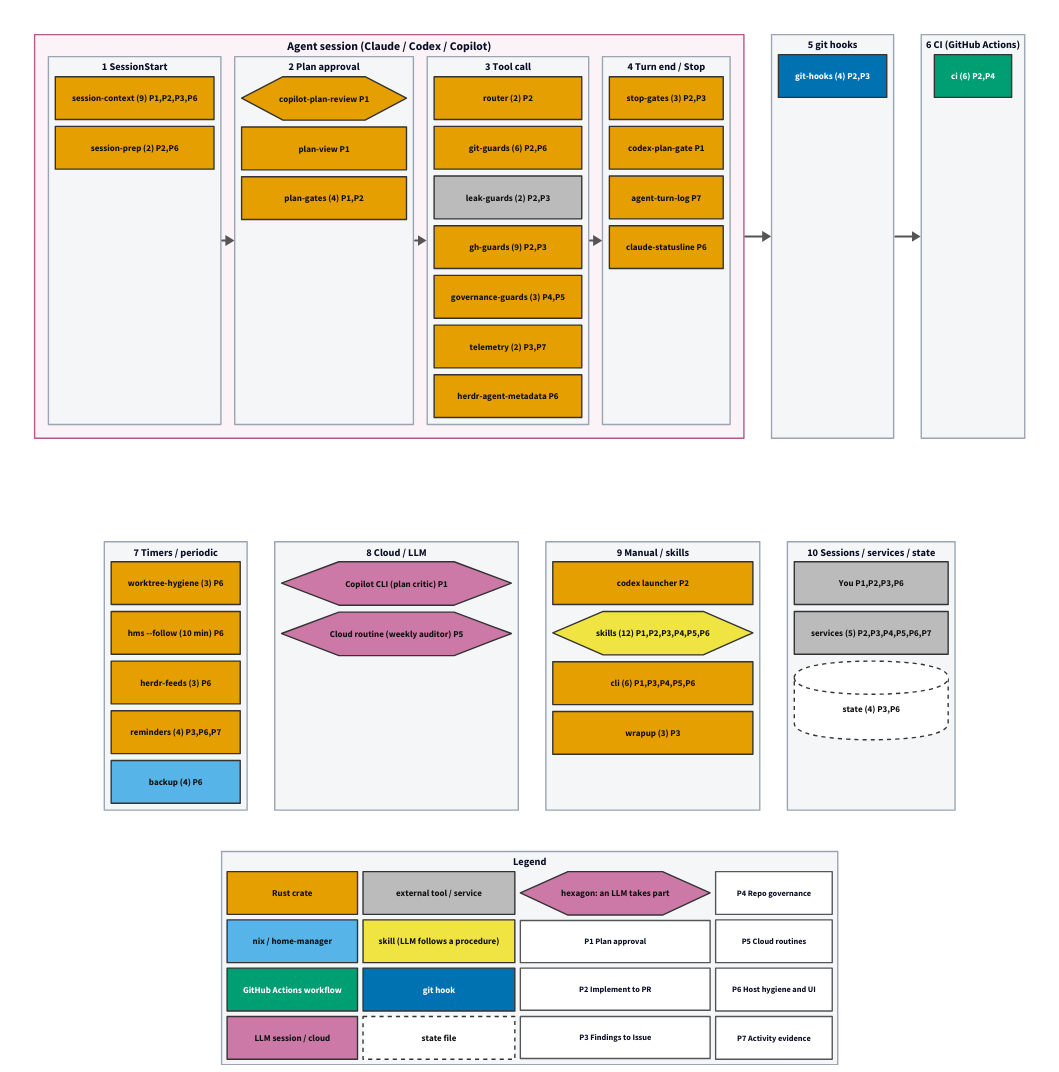
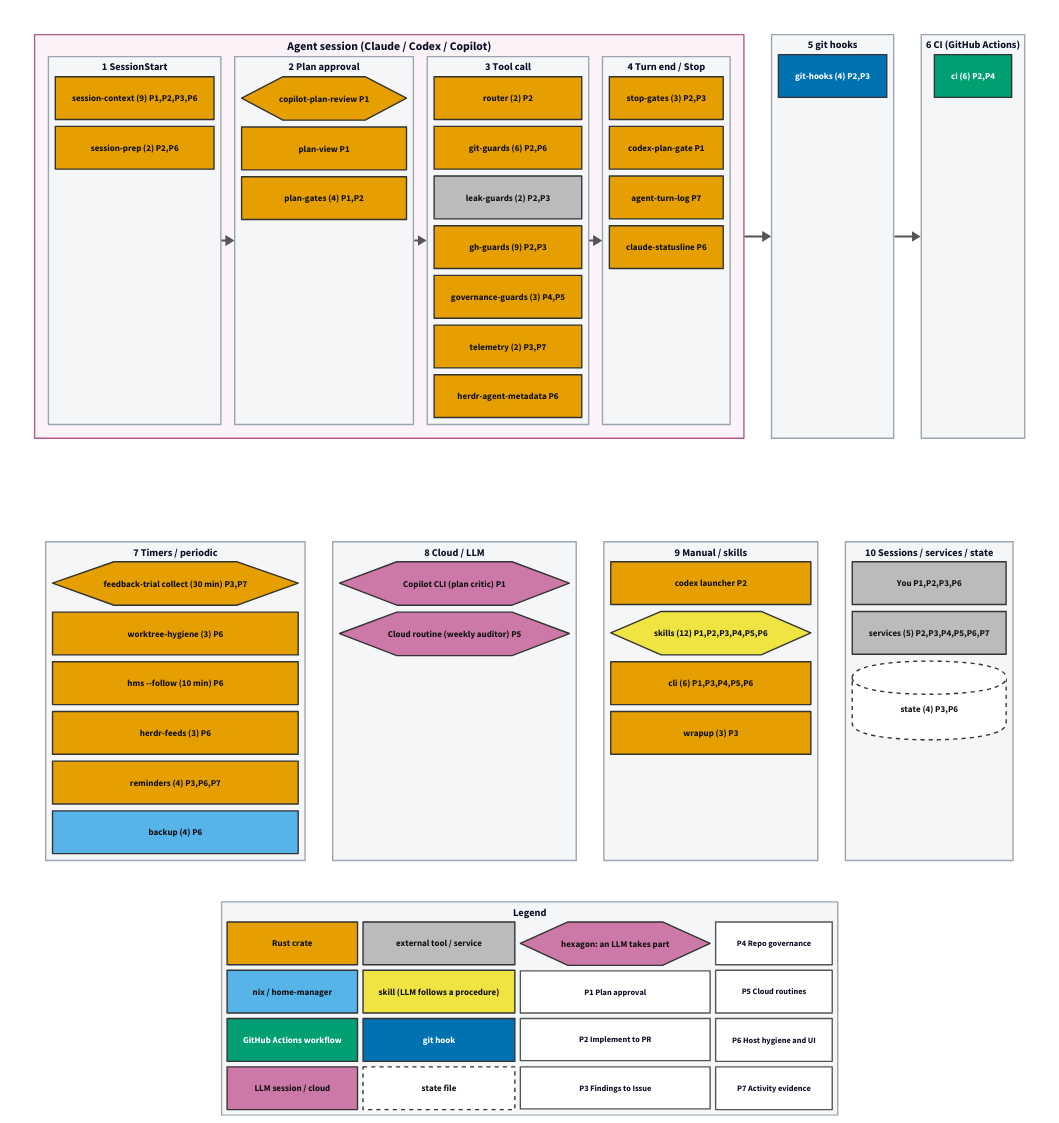
Before and after one commit to tarotene/dotfiles: the diagram in docs/assets/pipeline-map/overview.d2, drawn with D2. The commit also changed 16 other files, not shown here.

Commit message:
fix(feedback-trial): collect observations outside normal conversations (#1127)

```diff
--- a/docs/assets/pipeline-map/overview.d2
+++ b/docs/assets/pipeline-map/overview.d2
@@ -270,6 +270,10 @@
     class: lane
     grid-columns: 1
     grid-gap: 10
+    g_wrapup: "feedback-trial collect (30 min)  P3,P7" {
+      class: s_rust
+      shape: hexagon
+    }
     g_worktree_hygiene: "worktree-hygiene (3)  P6" {
       class: s_rust
     }
```
